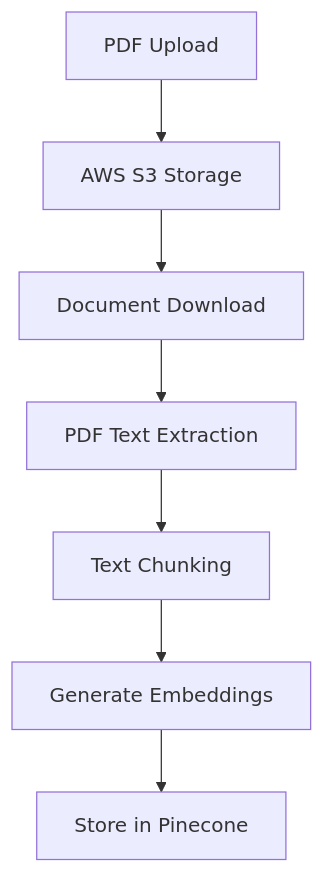
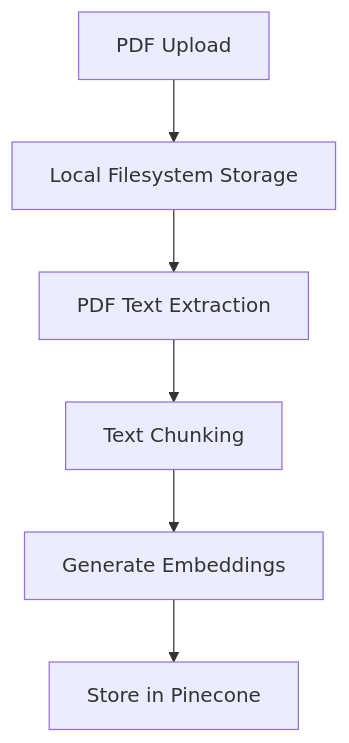
The first of 3 diagrams in README.md (jans-johnson/chat-with-pdf), drawn with Mermaid before and after one commit. The commit also changed other lines of this file, not shown here.

Commit message:
update README for local-first architecture

````diff
--- a/README.md
+++ b/README.md
@@ -20,9 +21,8 @@
 ```mermaid
 graph TD
-    A[PDF Upload] --> B[AWS S3 Storage]
-    B --> C[Document Download]
-    C --> D[PDF Text Extraction]
-    D --> E[Text Chunking]
-    E --> F[Generate Embeddings]
-    F --> G[Store in Pinecone]
+    A[PDF Upload] --> B[Local Filesystem Storage]
+    B --> C[PDF Text Extraction]
+    C --> D[Text Chunking]
+    D --> E[Generate Embeddings]
+    E --> F[Store in Pinecone]
 ```
````
